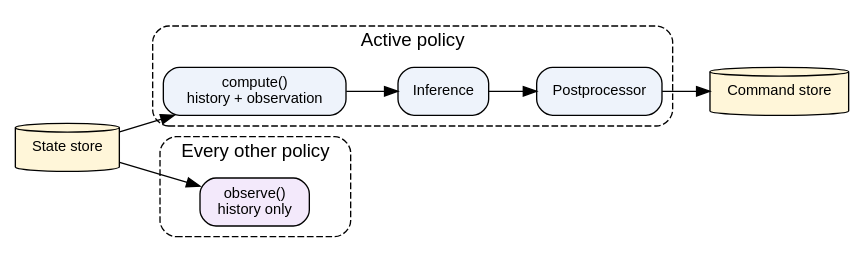
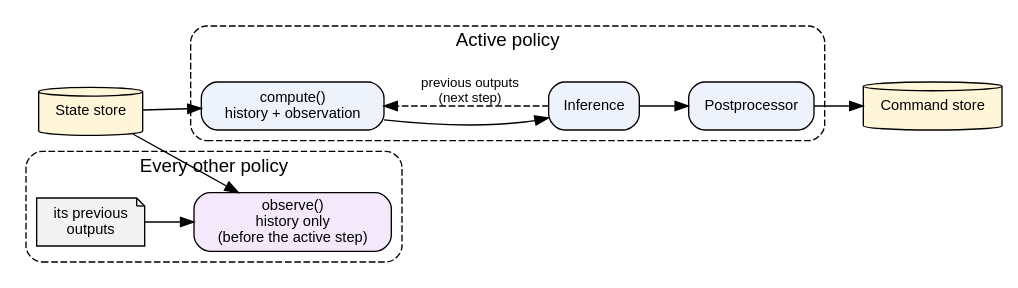
The second of 2 diagrams in docs/policies.rst (saikishor/ros2_policy_framework), drawn with Graphviz before and after one commit. The commit also changed other lines of this file, not shown here.

Commit message:
Show reactivation and the observed outputs in the policy diagrams and correct when policies are cleared

```diff
--- a/docs/policies.rst
+++ b/docs/policies.rst
@@ -106,23 +111,26 @@
 .. graphviz::
 
    digraph memory {
      rankdir=LR;
      node [shape=box, style="rounded,filled", fillcolor="#eef3fb", fontname="Helvetica", fontsize=11];
      edge [fontname="Helvetica", fontsize=10];
      state [label="State store", shape=cylinder, fillcolor="#fff6d9"];
      subgraph cluster_active {
        label="Active policy"; style="rounded,dashed"; fontname="Helvetica";
        a_pre [label="compute()\nhistory + observation"];
        a_inf [label="Inference"];
        a_post [label="Postprocessor"];
        a_pre -> a_inf -> a_post;
      }
      subgraph cluster_inactive {
        label="Every other policy"; style="rounded,dashed"; fontname="Helvetica";
-       i_pre [label="observe()\nhistory only", fillcolor="#f3e9fb"];
+       i_pre [label="observe()\nhistory only\n(before the active step)", fillcolor="#f3e9fb"];
+       i_out [label="its previous\noutputs", shape=note, fillcolor="#f2f2f2"];
+       i_out -> i_pre;
      }
      commands [label="Command store", shape=cylinder, fillcolor="#fff6d9"];
      state -> a_pre;
      state -> i_pre;
      a_post -> commands;
+     a_inf -> a_pre [label="previous outputs\n(next step)", style=dashed, constraint=false];
    }
```
